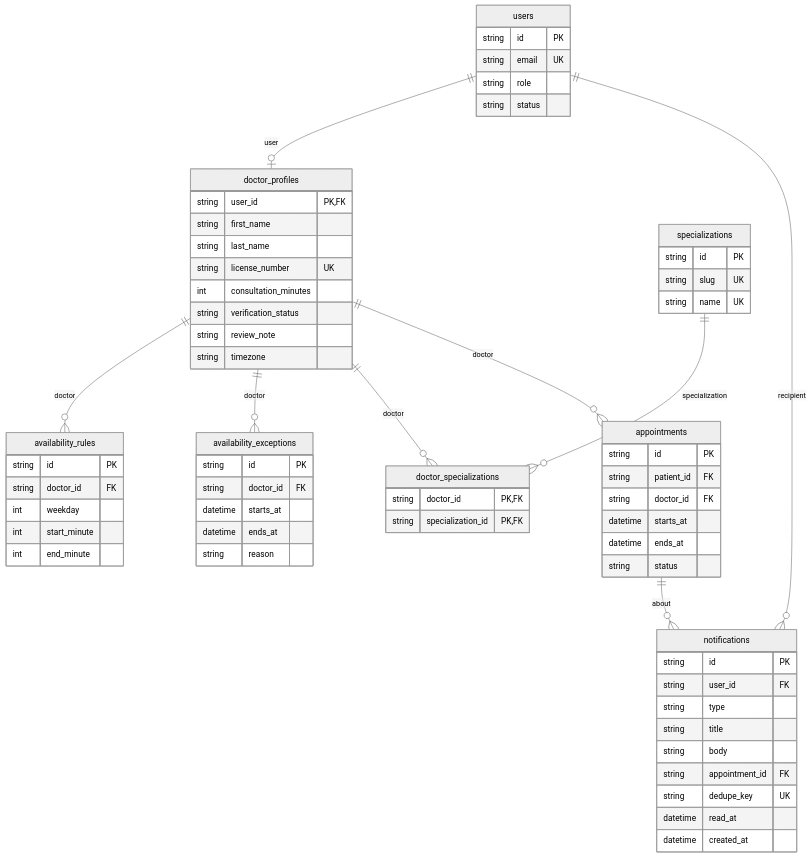
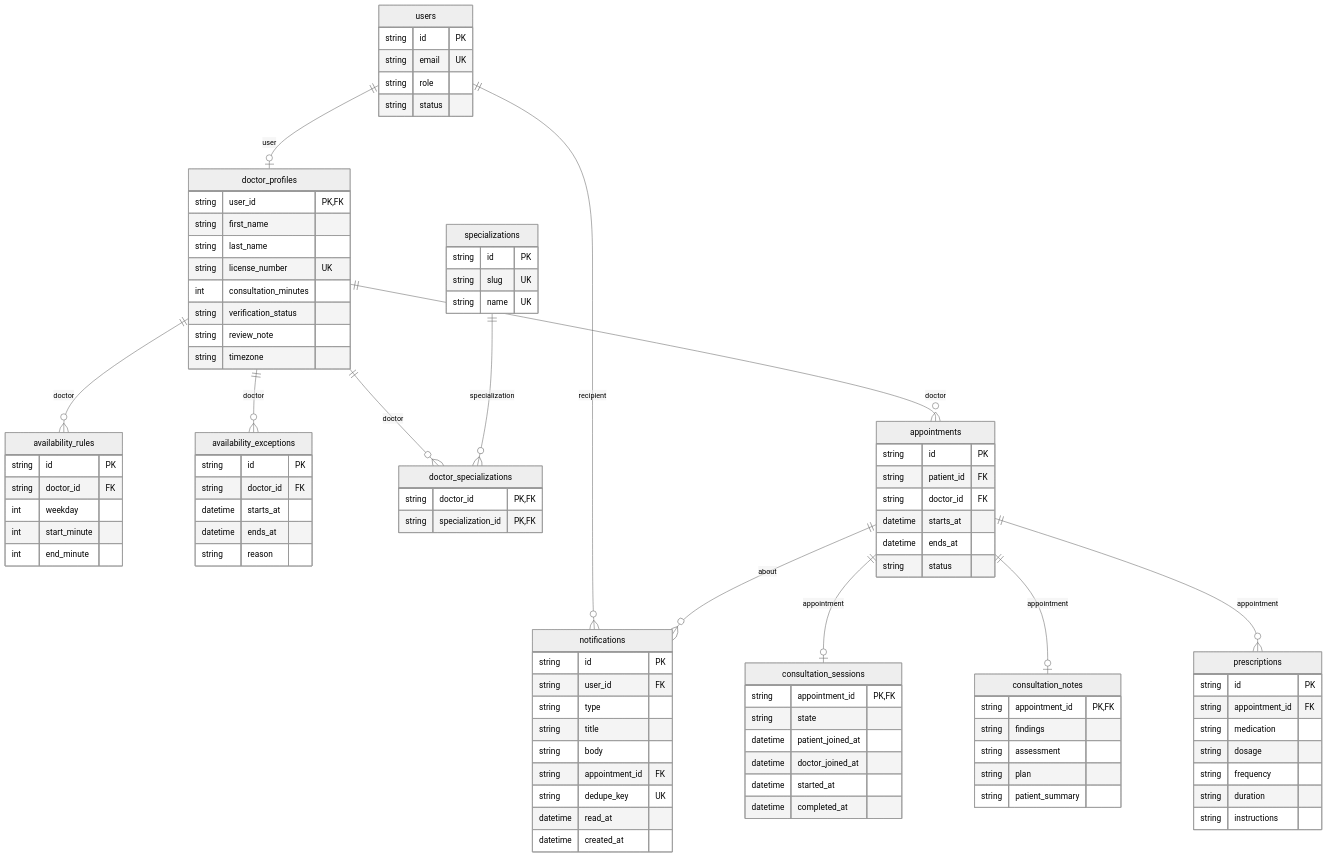
Before and after one commit to alhexjustine/telehealth: the second of 2 diagrams in docs/modules/doctor.md, drawn with Mermaid (neutral theme). The commit also changed other lines of this file and 76 other files, not shown here.

````diff
--- a/docs/modules/doctor.md
+++ b/docs/modules/doctor.md
@@ -147,6 +174,30 @@
     datetime read_at
     datetime created_at
   }
+  consultation_sessions {
+    string appointment_id PK,FK
+    string state
+    datetime patient_joined_at
+    datetime doctor_joined_at
+    datetime started_at
+    datetime completed_at
+  }
+  consultation_notes {
+    string appointment_id PK,FK
+    string findings
+    string assessment
+    string plan
+    string patient_summary
+  }
+  prescriptions {
+    string id PK
+    string appointment_id FK
+    string medication
+    string dosage
+    string frequency
+    string duration
+    string instructions
+  }
   users ||--o| doctor_profiles : "user"
   doctor_profiles ||--o{ availability_rules : "doctor"
   doctor_profiles ||--o{ availability_exceptions : "doctor"
@@ -155,4 +206,7 @@
   doctor_profiles ||--o{ appointments : "doctor"
   users ||--o{ notifications : "recipient"
   appointments ||--o{ notifications : "about"
+  appointments ||--o| consultation_sessions : "appointment"
+  appointments ||--o| consultation_notes : "appointment"
+  appointments ||--o{ prescriptions : "appointment"
 ```
````
